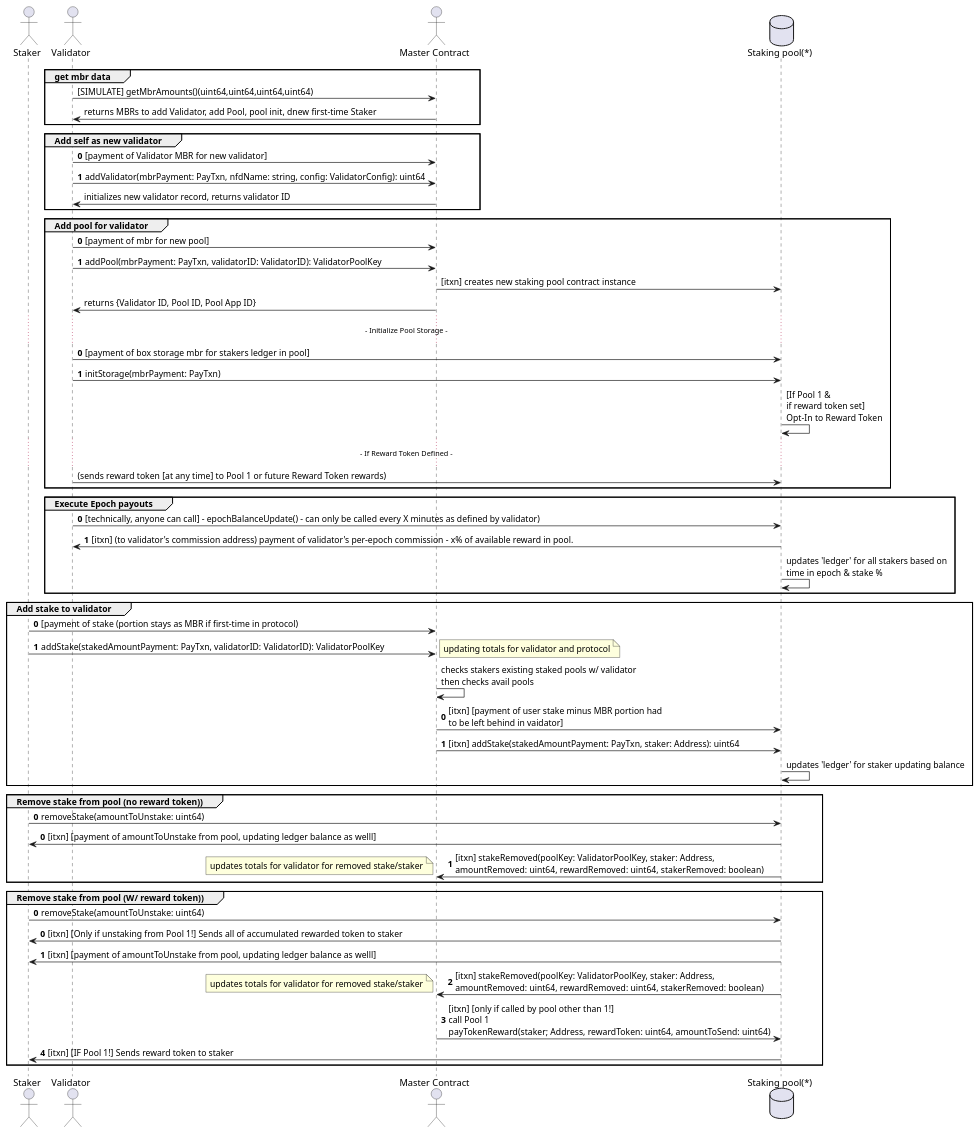
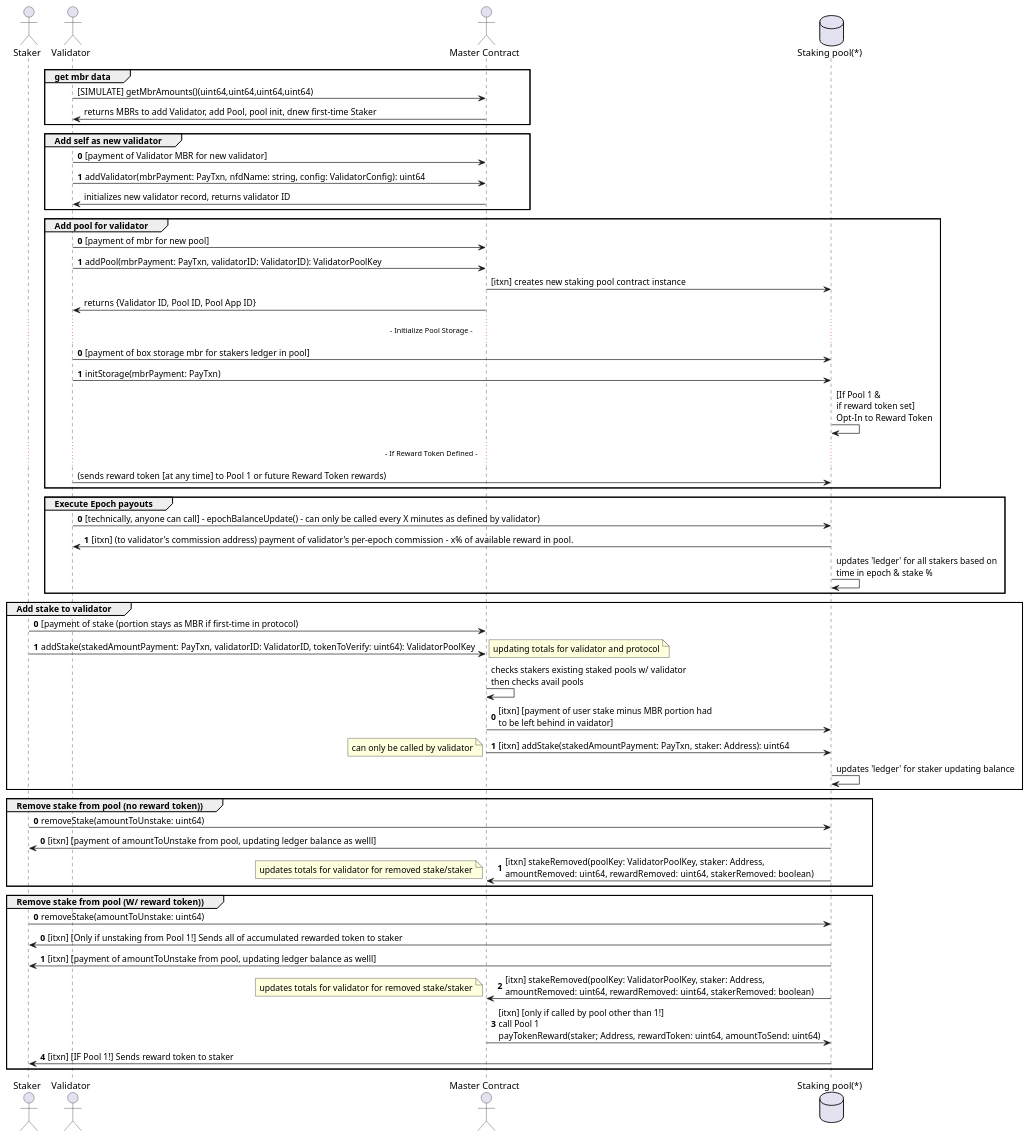
Before and after one commit to TxnLab/reti: the diagram in docs/diagrams/validator.puml, drawn with PlantUML. The commit also changed 1 other file, not shown here.

Commit message:
Updated checked in image of diagram

```diff
--- a/docs/diagrams/validator.puml
+++ b/docs/diagrams/validator.puml
@@ -1,75 +1,76 @@
 @startuml
 actor "Staker" as staker
 actor "Validator" as validator
 actor "Master Contract" as master
 database "Staking pool(*)" as pool
 group get mbr data
 validator -> master: [SIMULATE] getMbrAmounts()(uint64,uint64,uint64,uint64)
 master->validator: returns MBRs to add Validator, add Pool, pool init, dnew first-time Staker
 end
 group Add self as new validator
 autonumber 0
 validator -> master: [payment of Validator MBR for new validator]
 validator -> master: addValidator(mbrPayment: PayTxn, nfdName: string, config: ValidatorConfig): uint64
 autonumber stop
 master -> validator: initializes new validator record, returns validator ID
 end
 
 group Add pool for validator
 autonumber 0
 validator -> master: [payment of mbr for new pool]
 validator -> master: addPool(mbrPayment: PayTxn, validatorID: ValidatorID): ValidatorPoolKey
 autonumber stop
 master -> pool: [itxn] creates new staking pool contract instance
 master -> validator: returns {Validator ID, Pool ID, Pool App ID}
 ...  - Initialize Pool Storage - ...
 autonumber 0
 validator -> pool: [payment of box storage mbr for stakers ledger in pool]
 validator -> pool: initStorage(mbrPayment: PayTxn)
 autonumber stop
 pool -> pool: [If Pool 1 &\nif reward token set]\nOpt-In to Reward Token
 ...  - If Reward Token Defined - ...
 validator -> pool: (sends reward token [at any time] to Pool 1 or future Reward Token rewards)
 end
 
 group Execute Epoch payouts
 autonumber 0
 validator -> pool: [technically, anyone can call] - epochBalanceUpdate() - can only be called every X minutes as defined by validator)
 pool -> validator: [itxn] (to validator's commission address) payment of validator's per-epoch commission - x% of available reward in pool.
 autonumber stop
 pool -> pool: updates 'ledger' for all stakers based on\ntime in epoch & stake %
 end
 
 group Add stake to validator
 autonumber 0
 staker -> master: [payment of stake (portion stays as MBR if first-time in protocol)
-staker -> master:  addStake(stakedAmountPayment: PayTxn, validatorID: ValidatorID): ValidatorPoolKey
+staker -> master:  addStake(stakedAmountPayment: PayTxn, validatorID: ValidatorID, tokenToVerify: uint64): ValidatorPoolKey
 note right: updating totals for validator and protocol
 autonumber stop
 master -> master: checks stakers existing staked pools w/ validator\nthen checks avail pools
 autonumber 0
 master -> pool: [itxn] [payment of user stake minus MBR portion had\nto be left behind in vaidator]
 master -> pool: [itxn] addStake(stakedAmountPayment: PayTxn, staker: Address): uint64
+note left: can only be called by validator
 autonumber stop
 pool -> pool: updates 'ledger' for staker updating balance
 end
 group Remove stake from pool (no reward token))
 autonumber 0
 staker -> pool: removeStake(amountToUnstake: uint64)
 autonumber 0
 pool -> staker: [itxn] [payment of amountToUnstake from pool, updating ledger balance as welll]
 pool -> master: [itxn] stakeRemoved(poolKey: ValidatorPoolKey, staker: Address,\namountRemoved: uint64, rewardRemoved: uint64, stakerRemoved: boolean)
 note left: updates totals for validator for removed stake/staker
 end
 group Remove stake from pool (W/ reward token))
 autonumber 0
 staker -> pool: removeStake(amountToUnstake: uint64)
 autonumber 0
 pool -> staker: [itxn] [Only if unstaking from Pool 1!] Sends all of accumulated rewarded token to staker
 pool -> staker: [itxn] [payment of amountToUnstake from pool, updating ledger balance as welll]
 pool -> master: [itxn] stakeRemoved(poolKey: ValidatorPoolKey, staker: Address,\namountRemoved: uint64, rewardRemoved: uint64, stakerRemoved: boolean)
 note left: updates totals for validator for removed stake/staker
 master -> pool: [itxn] [only if called by pool other than 1!]\ncall Pool 1\npayTokenReward(staker; Address, rewardToken: uint64, amountToSend: uint64)
 pool -> staker: [itxn] [IF Pool 1!] Sends reward token to staker
 end
 @enduml
```
